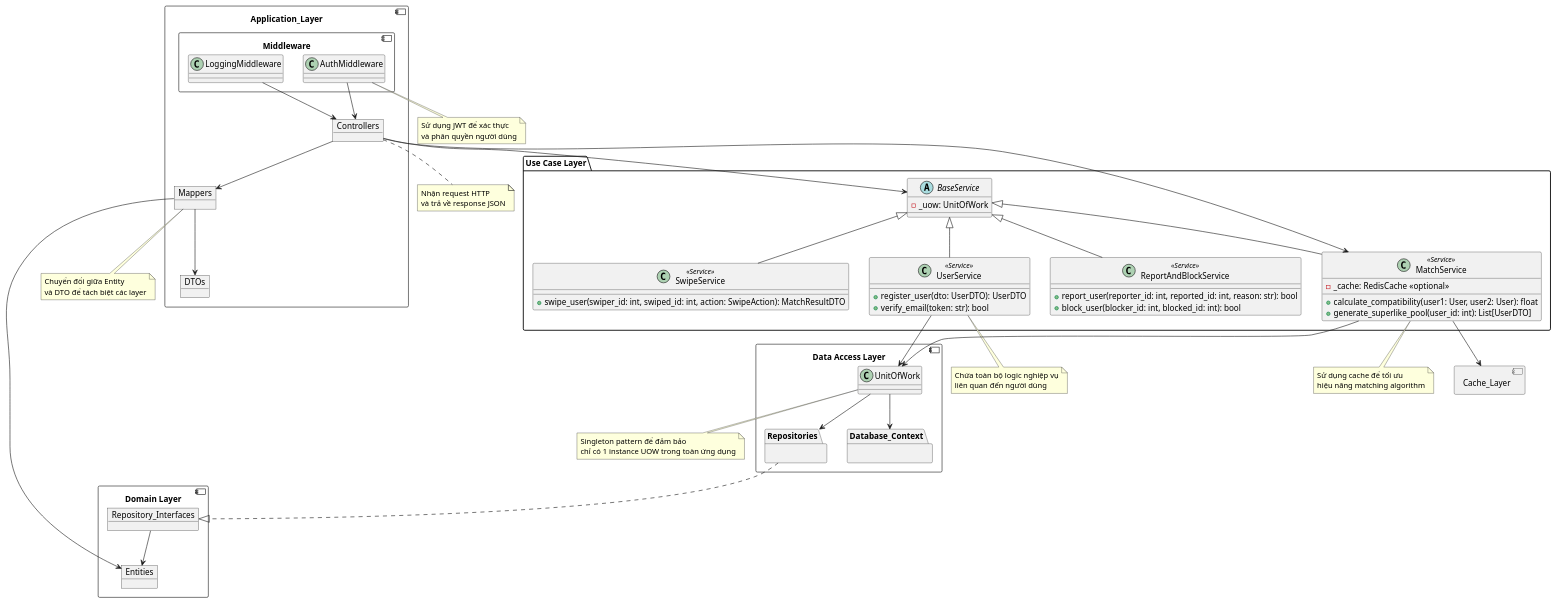
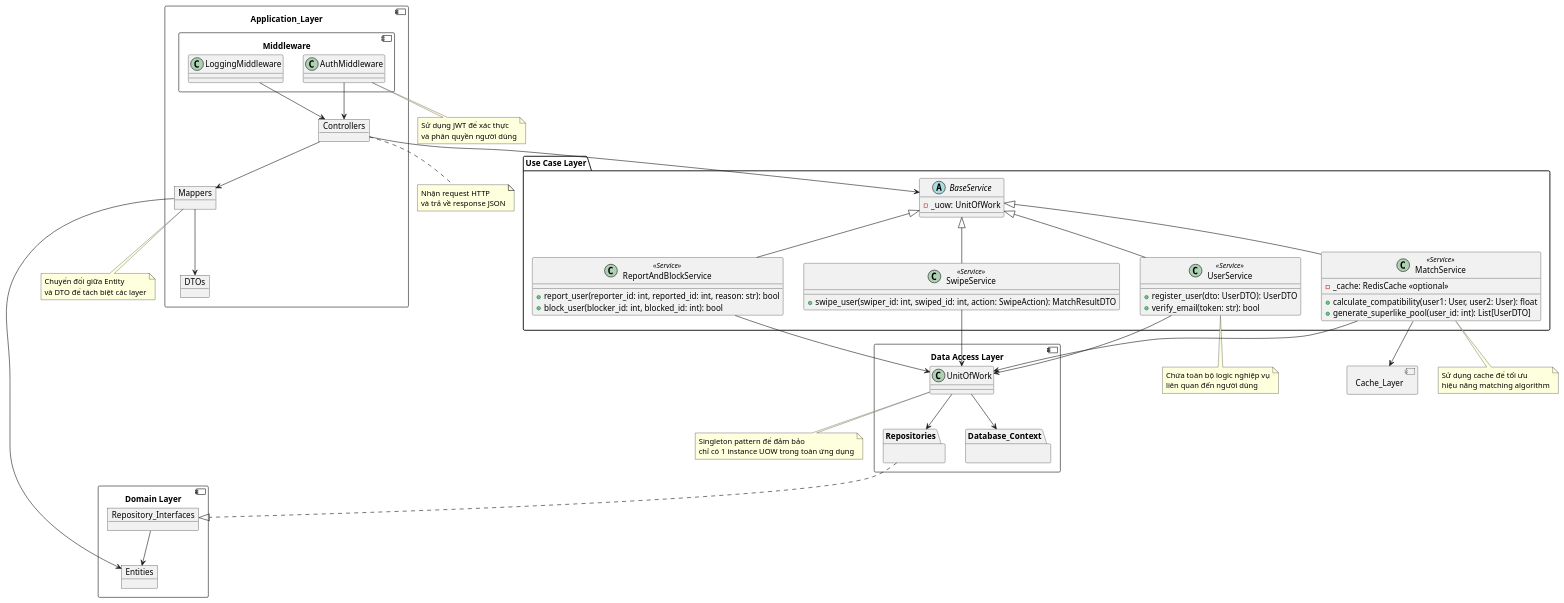
Before and after one commit to tammysensitive2312/Tinder-Dating-App-_IT4409: the fourth of 4 diagrams in docs/Dating_App_Package_diagram.puml, drawn with PlantUML.

Commit message:
modify class diagram

```diff
--- a/docs/Dating_App_Package_diagram.puml
+++ b/docs/Dating_App_Package_diagram.puml
@@ -248,82 +248,83 @@
 @startuml
 package "Use Case Layer" {
 
     abstract class BaseService {
         -_uow: UnitOfWork
     }
 
     class UserService <<Service>> extends BaseService{
         +register_user(dto: UserDTO): UserDTO
         +verify_email(token: str): bool
     }
 
     class MatchService <<Service>> extends BaseService {
         -_cache: RedisCache <<optional>>
         +calculate_compatibility(user1: User, user2: User): float
         +generate_superlike_pool(user_id: int): List[UserDTO]
     }
 
     class SwipeService <<Service>> extends BaseService {
         +swipe_user(swiper_id: int, swiped_id: int, action: SwipeAction): MatchResultDTO
     }
 
     class ReportAndBlockService <<Service>> extends BaseService {
         +report_user(reporter_id: int, reported_id: int, reason: str): bool
         +block_user(blocker_id: int, blocked_id: int): bool
     }
 }
 
 component "Domain Layer" {
     object Entities
     object Repository_Interfaces
 }
 
 component "Data Access Layer" {
     class UnitOfWork
     package Repositories {}
     package Database_Context {}
 }
 component "Application_Layer" {
     object Controllers
     object Mappers
     object DTOs
     component Middleware {
         class AuthMiddleware
         class LoggingMiddleware
     }
 }
 
 component Cache_Layer {
 }
 
 
 ' Relationships
 Controllers --> BaseService
-Controllers --> MatchService
 Controllers --> Mappers
 
 UserService --> UnitOfWork
 MatchService --> UnitOfWork
+ReportAndBlockService --> UnitOfWork
+SwipeService --> UnitOfWork
 MatchService --> Cache_Layer
 
 Mappers --> Entities
 Mappers --> DTOs
 
 AuthMiddleware --> Controllers
 LoggingMiddleware --> Controllers
 
 UnitOfWork --> Database_Context
 UnitOfWork --> Repositories
 
 Repositories ..|> Repository_Interfaces
 Repository_Interfaces --> Entities
 
 ' Notes
 note bottom of UnitOfWork: Singleton pattern để đảm bảo\nchỉ có 1 instance UOW trong toàn ứng dụng
 note bottom of AuthMiddleware: Sử dụng JWT để xác thực\nvà phân quyền người dùng
 note bottom of UserService: Chứa toàn bộ logic nghiệp vụ\nliên quan đến người dùng
 note bottom of MatchService: Sử dụng cache để tối ưu\nhiệu năng matching algorithm
 note bottom of Controllers: Nhận request HTTP\nvà trả về response JSON
 note bottom of Mappers: Chuyển đổi giữa Entity\nvà DTO để tách biệt các layer
 
 @enduml
```
